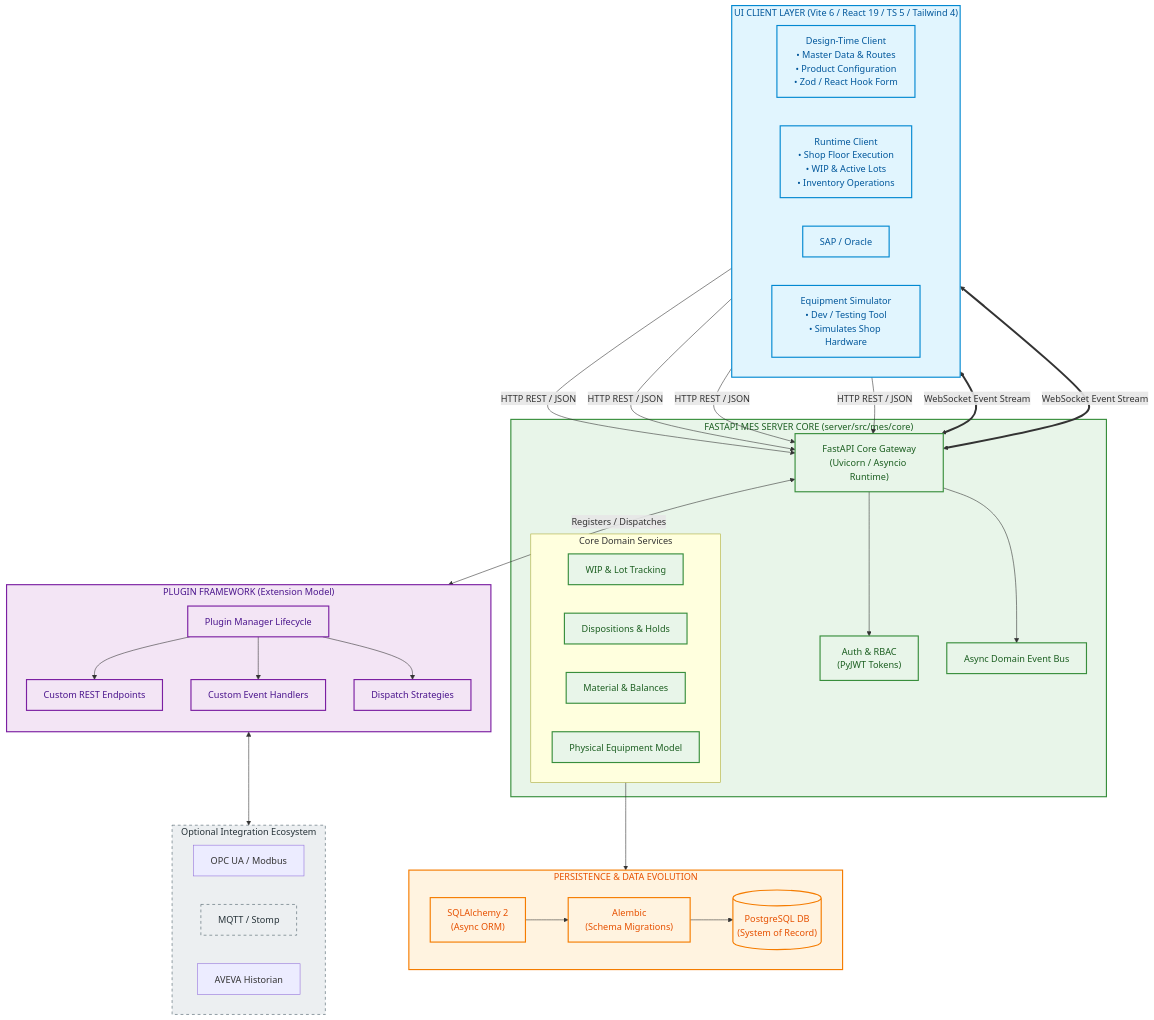
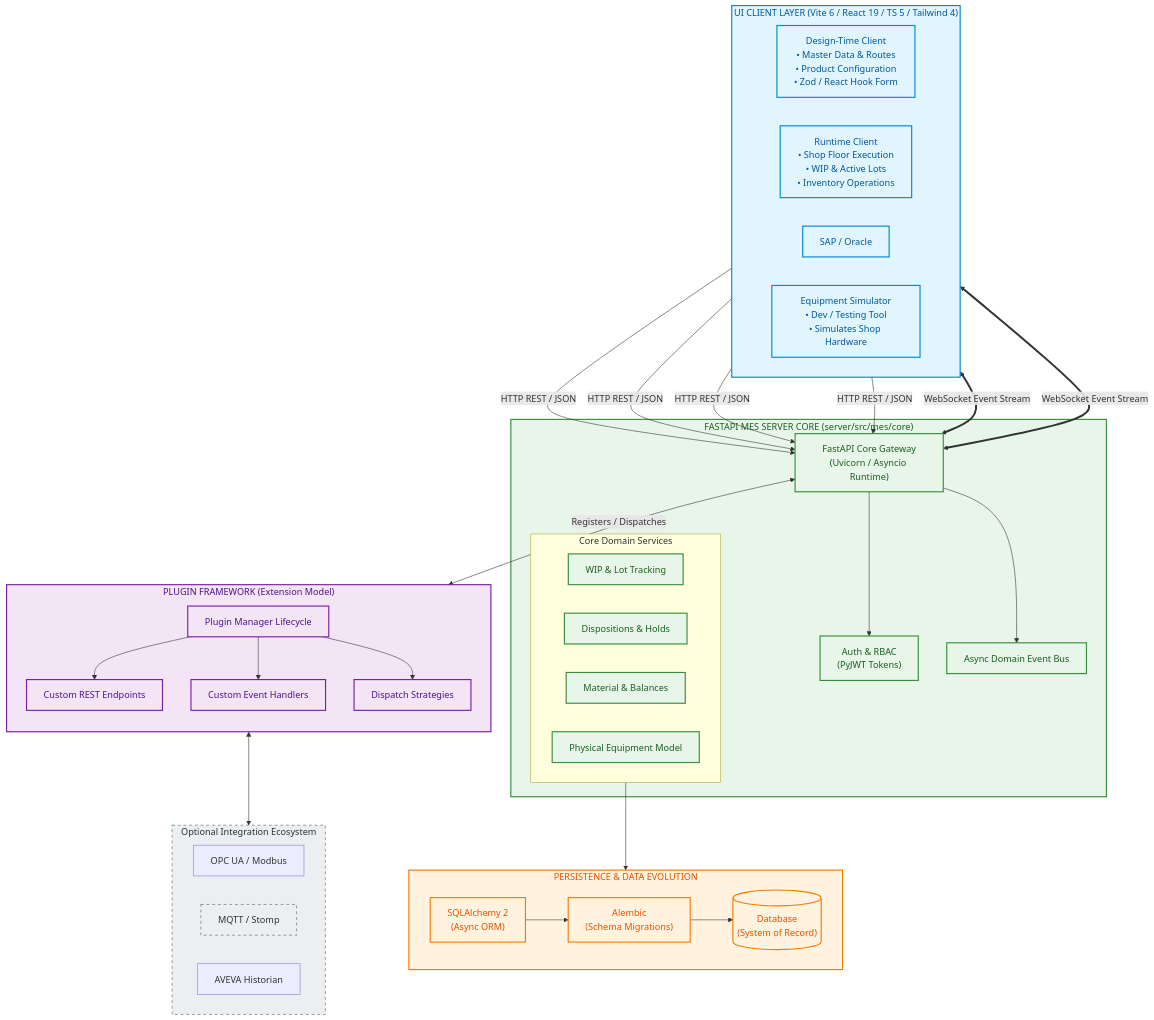
One commit to point85/mes-ai changed the diagram in docs/Architecture_Diagram.mmd. Above: the diagram before and after it, drawn with Mermaid. The commit also changed 1 other file, not shown here.

```diff
--- a/docs/Architecture_Diagram.mmd
+++ b/docs/Architecture_Diagram.mmd
@@ -1,68 +1,68 @@
 graph TD
     %% Styling Definitions
     classDef clientLayer fill:#e1f5fe,stroke:#0288d1,stroke-width:2px,color:#01579b;
     classDef serverLayer fill:#efebe9,stroke:#5d4037,stroke-width:2px,color:#3e2723;
     classDef coreLayer fill:#e8f5e9,stroke:#388e3c,stroke-width:2px,color:#1b5e20;
     classDef pluginLayer fill:#f3e5f5,stroke:#7b1fa2,stroke-width:2px,color:#4a148c;
     classDef dbLayer fill:#fff3e0,stroke:#f57c00,stroke-width:2px,color:#e65100;
     classDef protocolLayer fill:#eceff1,stroke:#455a64,stroke-width:1px,stroke-dasharray: 5 5,color:#263238;
 
     %% --- CLIENT LAYER (Vite / React 19 / TS 5) ---
     subgraph Clients ["UI CLIENT LAYER (Vite 6 / React 19 / TS 5 / Tailwind 4)"]
         direction LR
         DT["Design-Time Client<br/>• Master Data & Routes<br/>• Product Configuration<br/>• Zod / React Hook Form"] 
         RT["Runtime Client<br/>• Shop Floor Execution<br/>• WIP & Active Lots<br/>• Inventory Operations"]
         ERP["ERP Simulator<br/>• Order Releases<br/>• Inbound Planning Flow"]
         EQP["Equipment Simulator<br/>• Dev / Testing Tool<br/>• Simulates Shop Hardware"]
     end
     class Clients,DT,RT,ERP,EQP clientLayer;
 
     %% --- NETWORK / COMMUNICATION LAYER ---
     DT & RT & ERP & EQP -->|HTTP REST / JSON| Fast["FastAPI Core Gateway<br/>(Uvicorn / Asyncio Runtime)"]
     RT & EQP <==>|WebSocket Event Stream| Fast
 
     %% --- SERVER CORE LAYER (FastAPI / Python 3.12+) ---
     subgraph ServerCore ["FASTAPI MES SERVER CORE (server/src/mes/core)"]
         Fast --> Auth["Auth & RBAC<br/>(PyJWT Tokens)"]
         Fast --> Bus["Async Domain Event Bus"]
         
         subgraph DomainModules ["Core Domain Services"]
             WIP["WIP & Lot Tracking"]
             Disp["Dispositions & Holds"]
             Mat["Material & Balances"]
             Phys["Physical Equipment Model"]
         end
     end
     class ServerCore,Fast,Auth,Bus,DomainModules,WIP,Disp,Mat,Phys coreLayer;
 
     %% --- EXTENSION / PLUGIN LAYER ---
     subgraph Plugins ["PLUGIN FRAMEWORK (Extension Model)"]
         direction TB
         PM["Plugin Manager Lifecycle"]
         PE["Custom REST Endpoints"]
         PH["Custom Event Handlers"]
         PS["Dispatch Strategies"]
         PM --> PE & PH & PS
     end
     Fast <-->|Registers / Dispatches| PM
     class Plugins,PM,PE,PH,PS pluginLayer;
 
     %% --- EXTERNAL PROTOCOLS & INTEGRATIONS ---
     subgraph Protocols ["Optional Integration Ecosystem"]
         direction RL
         TAGS["OPC UA / Modbus"]
         MQ["MQTT / Stomp"]
         ERP["SAP / Oracle"]
         HIST["AVEVA Historian"]
     end
     PM <--> Protocols
     class Protocols,OPC,MQ,SAP,AV protocolLayer;
 
     %% --- PERSISTENCE LAYER ---
     subgraph Storage ["PERSISTENCE & DATA EVOLUTION"]
         direction LR
         SQLA["SQLAlchemy 2<br/>(Async ORM)"] --> Alembic["Alembic<br/>(Schema Migrations)"]
-        Alembic --> DB[("PostgreSQL DB<br/>(System of Record)")]
+        Alembic --> DB[("Database<br/>(System of Record)")]
     end
     DomainModules --> SQLA
     class Storage,SQLA,Alembic,DB dbLayer;
```
